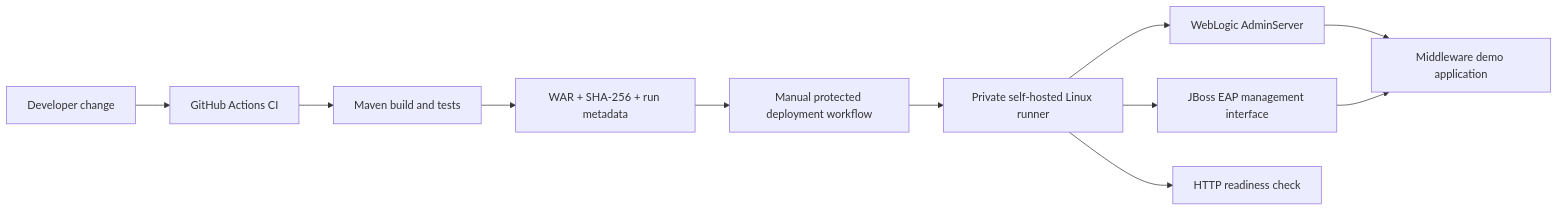
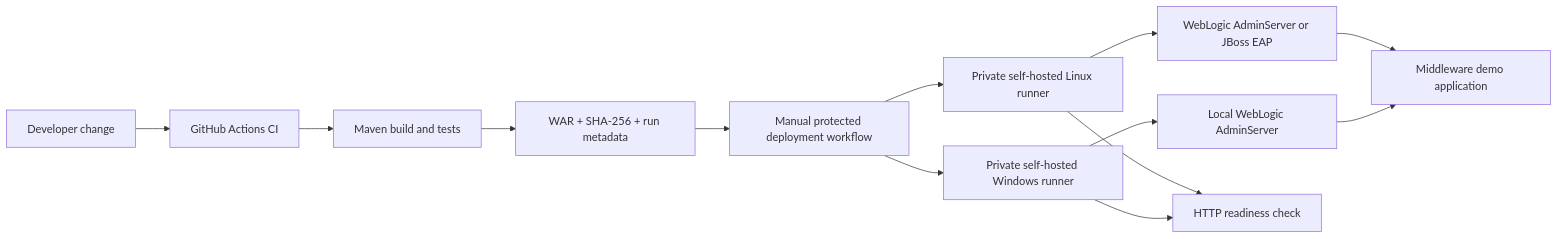
One commit to oguduf/enterprise-middleware-devops-lab changed the diagram in README.md. Above: the diagram before and after it, drawn with Mermaid. The commit also changed other lines of this file and 9 other files, not shown here.

Commit message:
feat: add Windows WebLogic deployment automation

````diff
--- a/README.md
+++ b/README.md
@@ -7,13 +7,15 @@
 ```mermaid
 flowchart LR
   Dev[Developer change] --> CI[GitHub Actions CI]
   CI --> Build[Maven build and tests]
   Build --> Artifact[WAR + SHA-256 + run metadata]
   Artifact --> Gate[Manual protected deployment workflow]
-  Gate --> Runner[Private self-hosted Linux runner]
-  Runner --> WLS[WebLogic AdminServer]
-  Runner --> EAP[JBoss EAP management interface]
+  Gate --> LinuxRunner[Private self-hosted Linux runner]
+  Gate --> WindowsRunner[Private self-hosted Windows runner]
+  LinuxRunner --> WLS[WebLogic AdminServer or JBoss EAP]
+  WindowsRunner --> WLS2[Local WebLogic AdminServer]
   WLS --> App[Middleware demo application]
-  EAP --> App
-  Runner --> Health[HTTP readiness check]
+  WLS2 --> App
+  LinuxRunner --> Health[HTTP readiness check]
+  WindowsRunner --> Health
 ```
````
